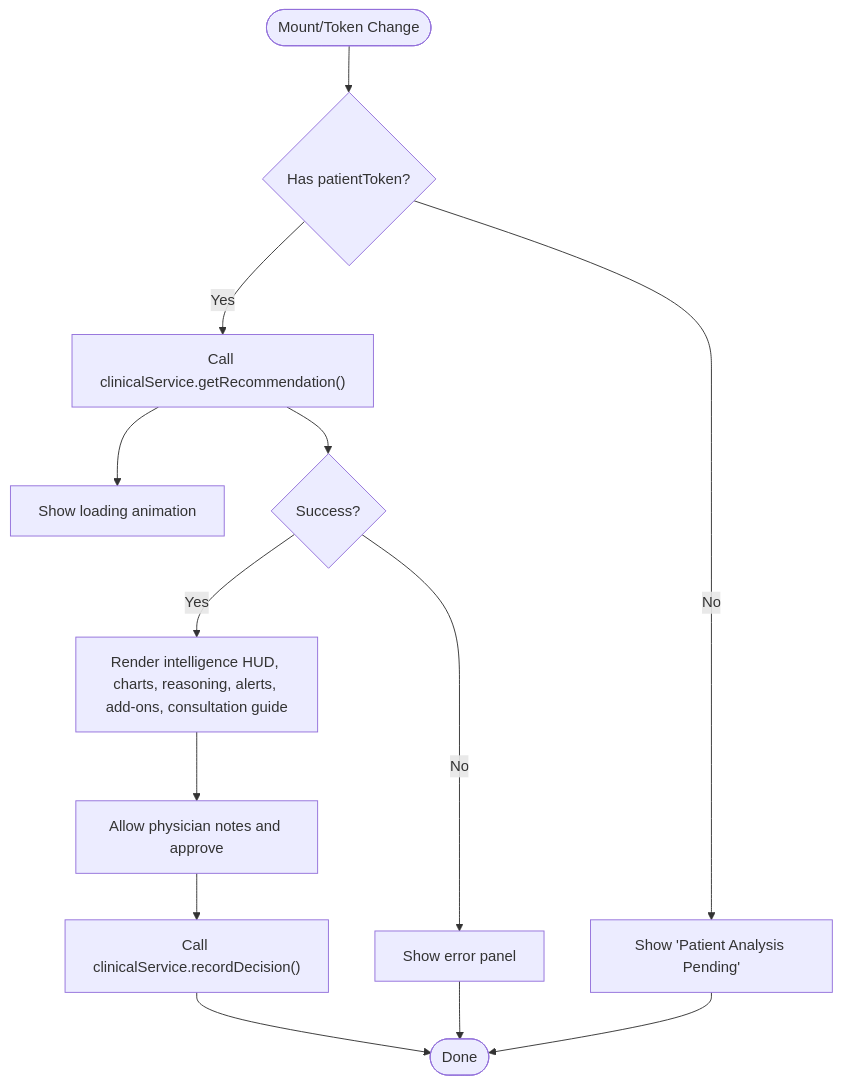
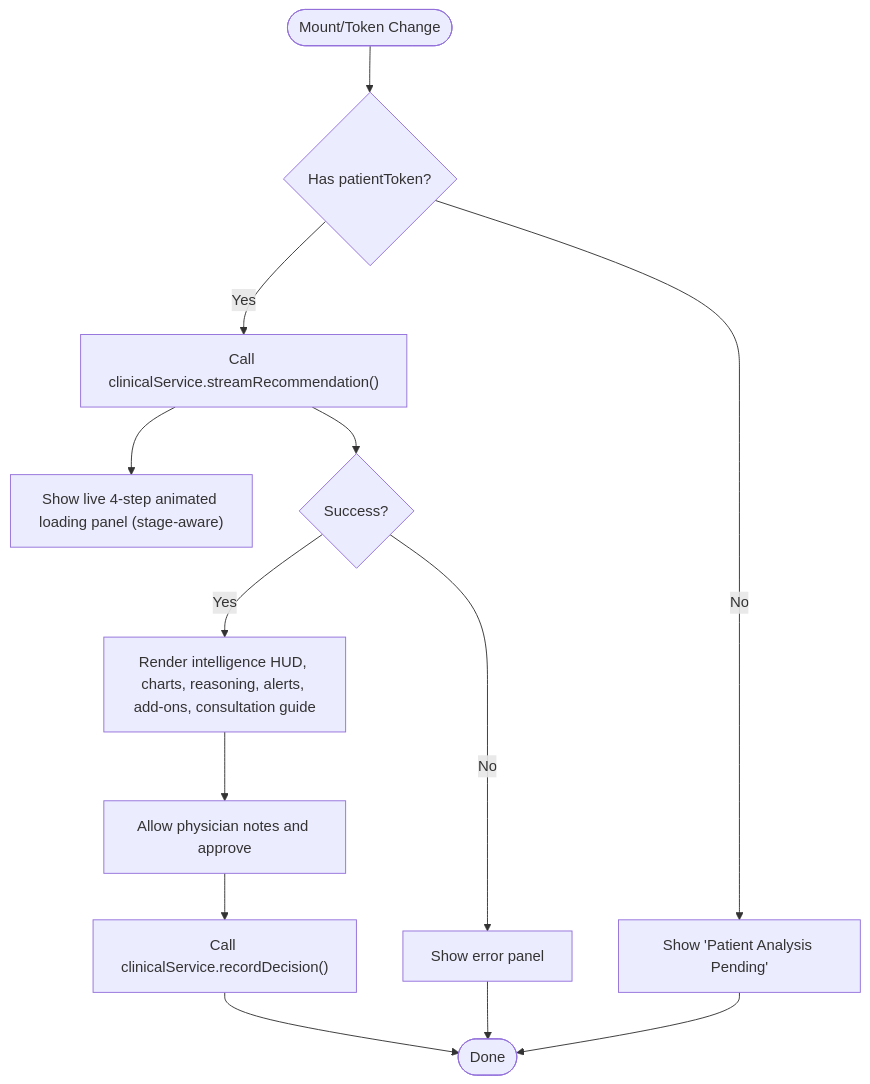
The fourth of 9 diagrams in POC/v4/.qoder/repowiki/en/content/Frontend Application/Frontend Application.md (vdat-18/navaveij), drawn with Mermaid before and after one commit. The commit also changed other lines of this file and 9 other files, not shown here.

Commit message:
feat(fe): streaming loading screen with pregress panel

````diff
--- a/POC/v4/.qoder/repowiki/en/content/Frontend Application/Frontend Application.md
+++ b/POC/v4/.qoder/repowiki/en/content/Frontend Application/Frontend Application.md
@@ -244,15 +244,15 @@
 ```mermaid
 flowchart TD
 Start(["Mount/Token Change"]) --> CheckToken{"Has patientToken?"}
 CheckToken --> |No| EmptyState["Show 'Patient Analysis Pending'"]
-CheckToken --> |Yes| Fetch["Call clinicalService.getRecommendation()"]
-Fetch --> Loading["Show loading animation"]
+CheckToken --> |Yes| Fetch["Call clinicalService.streamRecommendation()"]
+Fetch --> Loading["Show live 4-step animated loading panel (stage-aware)"]
 Fetch --> Ok{"Success?"}
 Ok --> |No| Error["Show error panel"]
 Ok --> |Yes| Render["Render intelligence HUD, charts, reasoning, alerts, add-ons, consultation guide"]
 Render --> Decision["Allow physician notes and approve"]
 Decision --> Approve["Call clinicalService.recordDecision()"]
 Approve --> Done(["Done"])
 Error --> Done
 EmptyState --> Done
 ```
````
